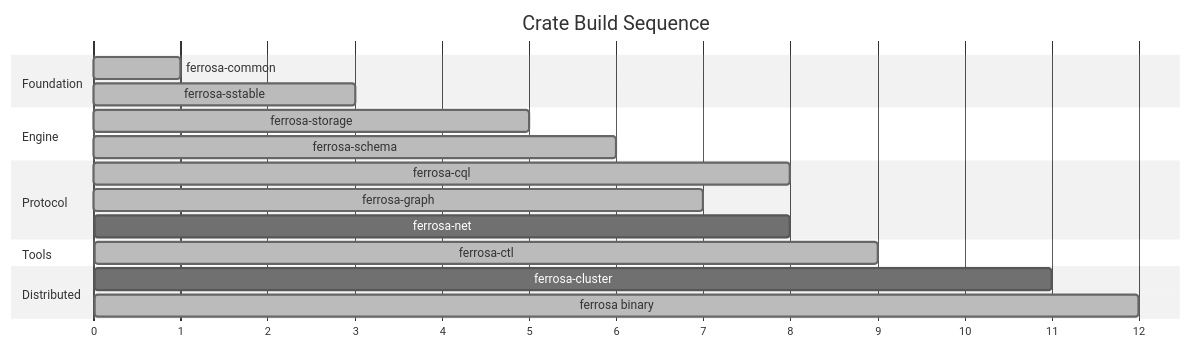
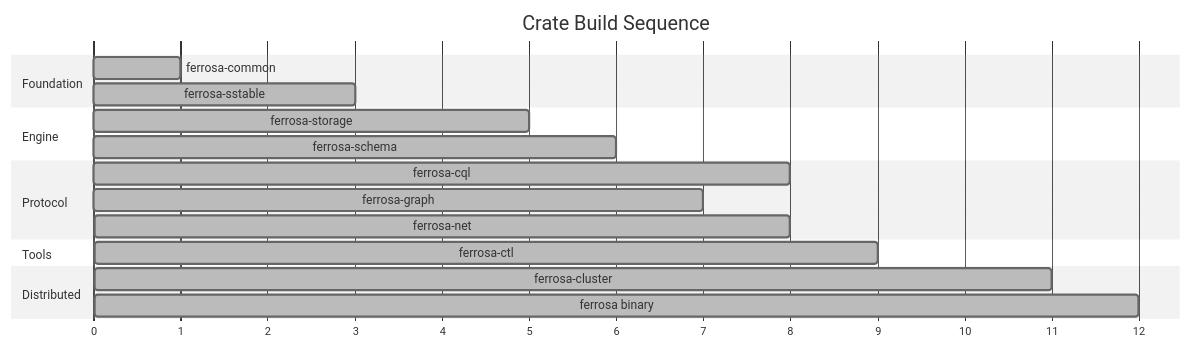
The second of 2 diagrams in specs/components.md (ferrosadb/ferrosa), drawn with Mermaid (neutral theme) before and after one commit. The commit also changed other lines of this file and 3 other files, not shown here.

````diff
--- a/specs/components.md
+++ b/specs/components.md
@@ -221,26 +243,26 @@
 ```mermaid
 gantt
     title Crate Build Sequence
     dateFormat X
     axisFormat %s
 
     section Foundation
     ferrosa-common          :done, 0, 1
     ferrosa-sstable         :done, 1, 3
 
     section Engine
     ferrosa-storage         :done, 3, 5
     ferrosa-schema          :done, 5, 6
 
     section Protocol
     ferrosa-cql             :done, 6, 8
     ferrosa-graph           :done, 6, 7
-    ferrosa-net             :7, 8
+    ferrosa-net             :done, 7, 8
 
     section Tools
     ferrosa-ctl             :done, 8, 9
 
     section Distributed
-    ferrosa-cluster         :9, 11
+    ferrosa-cluster         :done, 9, 11
     ferrosa binary          :done, 11, 12
 ```
````
